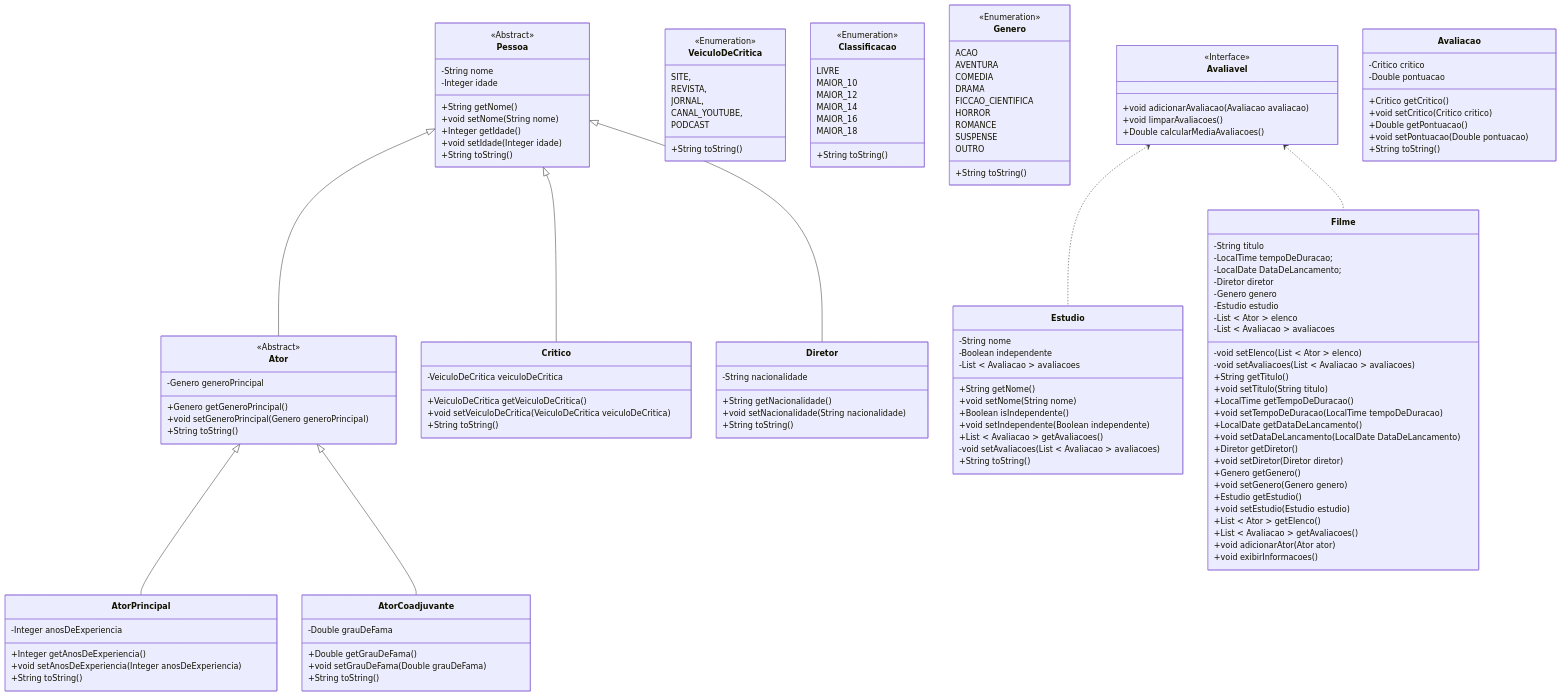
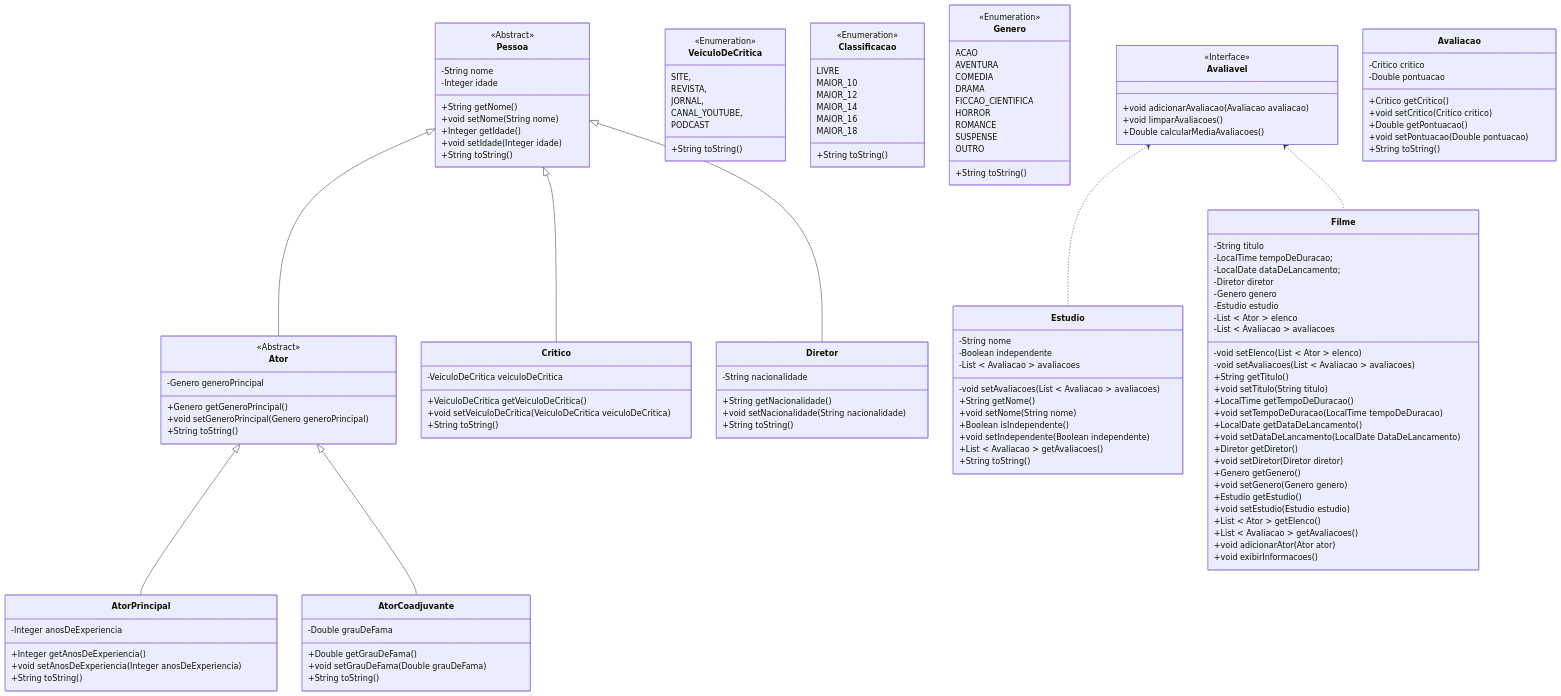
The diagram in exercicio-003/versao-001/README.md (heltonricardo/enunciados-exercicios-java), drawn with Mermaid before and after one commit.

Commit message:
exercicio 3-1

```diff
--- a/exercicio-003/versao-001/README.md
+++ b/exercicio-003/versao-001/README.md
@@ -113,19 +113,19 @@
   -String nome
   -Boolean independente
   -List < Avaliacao > avaliacoes
+  -void setAvaliacoes(List < Avaliacao > avaliacoes)
   +String getNome()
   +void setNome(String nome)
   +Boolean isIndependente()
   +void setIndependente(Boolean independente)
   +List < Avaliacao > getAvaliacoes()
-  -void setAvaliacoes(List < Avaliacao > avaliacoes)
   +String toString()
 }
 
 class Filme {
   -String titulo
   -LocalTime tempoDeDuracao;
-  -LocalDate DataDeLancamento;
+  -LocalDate dataDeLancamento;
   -Diretor diretor
   -Genero genero
   -Estudio estudio
```
